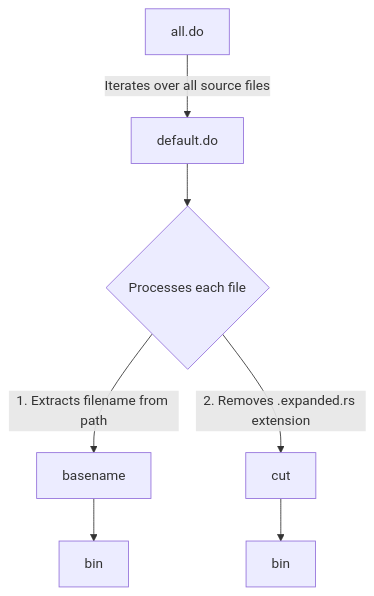
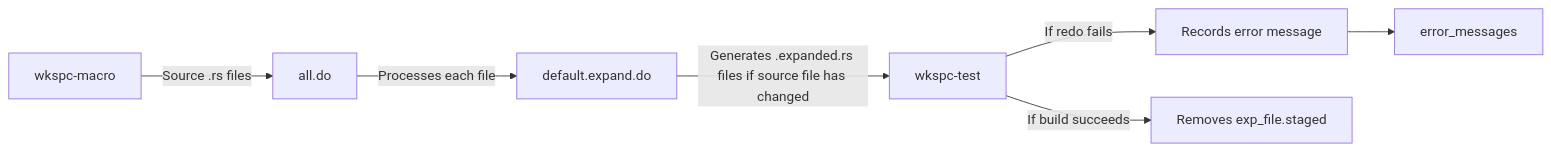
Before and after one commit to eupn/macrotest: the second of 2 diagrams in test-virtual/README.md, drawn with Mermaid. The commit also changed other lines of this file and 5 other files, not shown here.

Commit message:
Add build process diagrams and update file paths

````diff
--- a/test-virtual/README.md
+++ b/test-virtual/README.md
@@ -32,9 +81,9 @@
 ```mermaid
-graph TD
-    A[all.do] -->|Iterates over all source files| B[default.do]
-    B --> C{Processes each file}
-    C -->|1. Extracts filename from path| D[basename]
-    D --> E[bin]
-    C -->|2. Removes .expanded.rs extension| F[cut]
-    F --> G[bin]
+graph LR
+    A[wkspc-macro] -->|Source .rs files| B[all.do]
+    B -->|Processes each file| C[default.expand.do]
+    C -->|Generates .expanded.rs files if source file has changed| D[wkspc-test]
+    D -->|If redo fails| E[Records error message]
+    E --> F[error_messages]
+    D -->|If build succeeds| G[Removes exp_file.staged]
 ```
````
